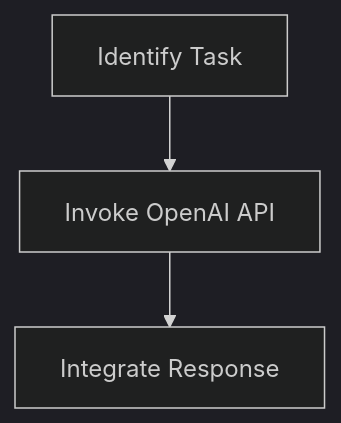
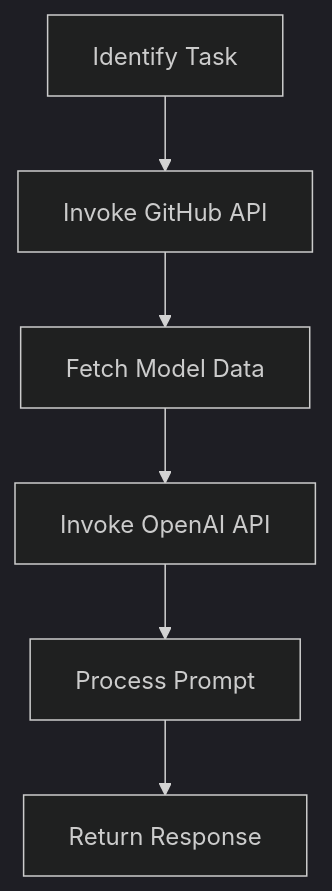
Before and after one commit to reeawnc/cloudflare: the second of 2 diagrams in apps/model-scraper/README.md, drawn with Mermaid (dark theme). The commit also changed other lines of this file and 18 other files, not shown here.

````diff
--- a/apps/model-scraper/README.md
+++ b/apps/model-scraper/README.md
@@ -85,5 +77,8 @@
 ```mermaid
 graph TD;
-    A[Identify Task] --> B[Invoke OpenAI API]
-    B --> C[Integrate Response]
+    A[Identify Task] --> B[Invoke GitHub API]
+    B --> C[Fetch Model Data]
+    C --> D[Invoke OpenAI API]
+    D --> E[Process Prompt]
+    E --> F[Return Response]
 ```
````
